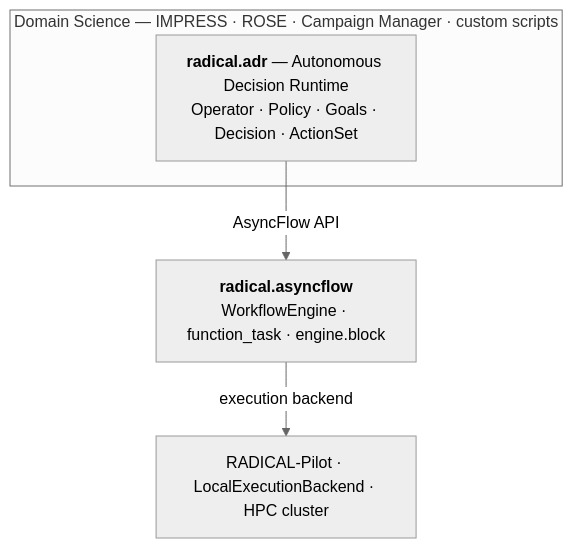
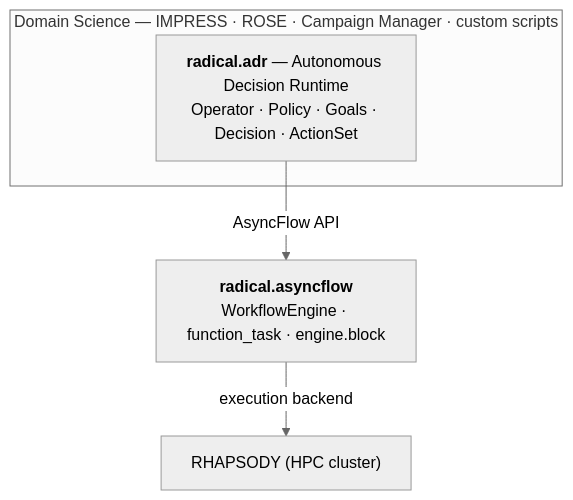
One commit to radical-cybertools/radical.adr changed the first of 2 diagrams in docs/get-started/mental-model.mdx. Above: the diagram before and after it, drawn with Mermaid (neutral theme). The commit also changed 34 other files, not shown here.

````diff
--- a/docs/get-started/mental-model.mdx
+++ b/docs/get-started/mental-model.mdx
@@ -14,10 +14,10 @@
 ```mermaid
 flowchart TB
     subgraph DS["Domain Science — IMPRESS · ROSE · Campaign Manager · custom scripts"]
         ADR["<b>radical.adr</b> — Autonomous Decision Runtime<br/>Operator · Policy · Goals · Decision · ActionSet"]
     end
     AF["<b>radical.asyncflow</b><br/>WorkflowEngine · function_task · engine.block"]
-    BE["RADICAL-Pilot · LocalExecutionBackend · HPC cluster"]
+    BE["RHAPSODY (HPC cluster)"]
     ADR -->|AsyncFlow API| AF
     AF -->|execution backend| BE
 ```
````
